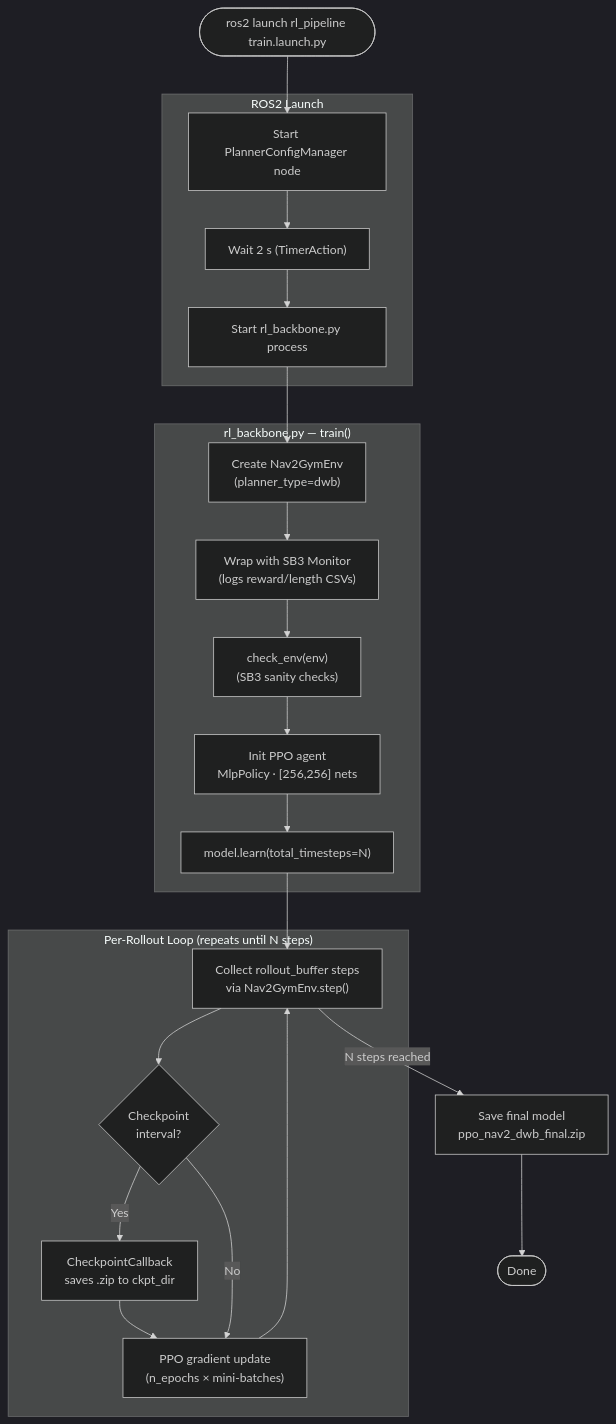
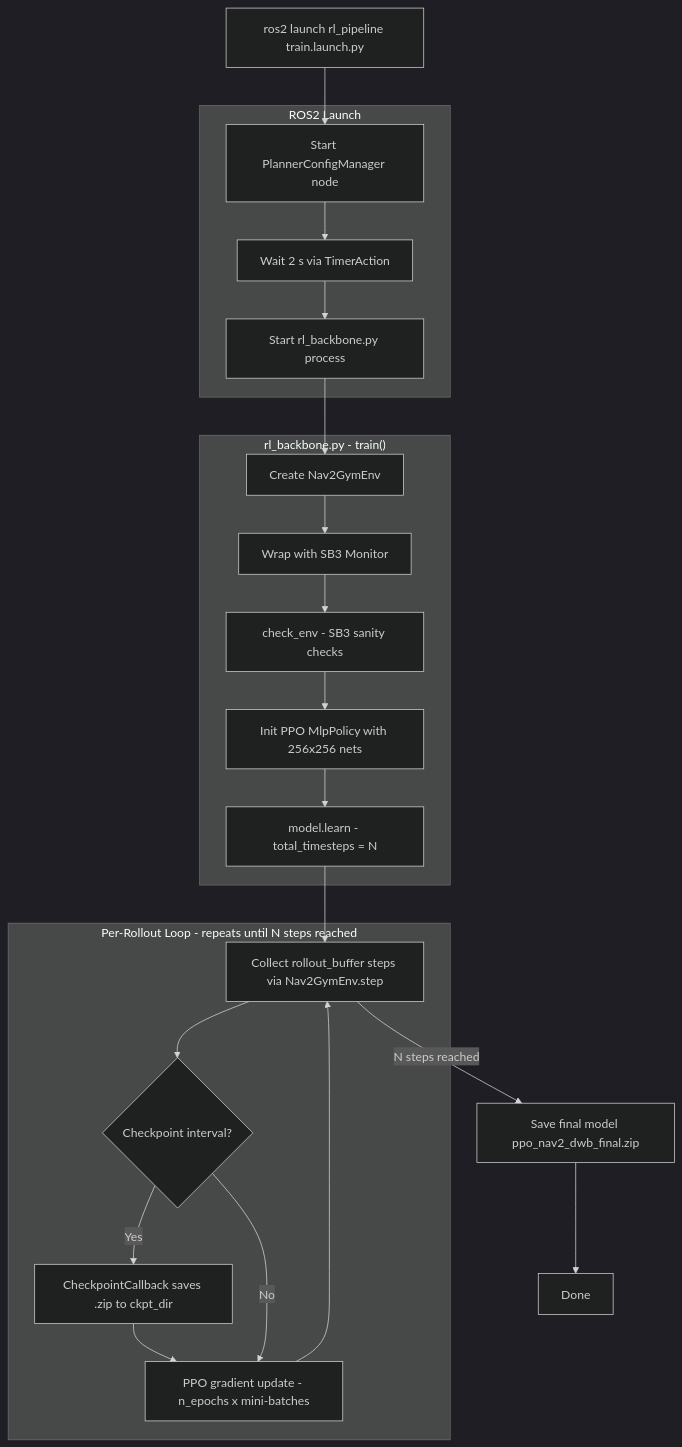
One commit to SushiRaj99/rbe-capstone changed the second of 4 diagrams in doc/rl_pipeline_docs.md. Above: the diagram before and after it, drawn with Mermaid (dark theme). The commit also changed other lines of this file, not shown here.

````diff
--- a/doc/rl_pipeline_docs.md
+++ b/doc/rl_pipeline_docs.md
@@ -146,34 +139,34 @@
 ```mermaid
 flowchart TD
-    A([ros2 launch rl_pipeline train.launch.py]) --> B
+    A["ros2 launch rl_pipeline train.launch.py"] --> B
 
-    subgraph "ROS2 Launch"
-        B[Start PlannerConfigManager node] --> C
-        C["Wait 2 s (TimerAction)"] --> D
-        D[Start rl_backbone.py process]
+    subgraph LAUNCH["ROS2 Launch"]
+        B["Start PlannerConfigManager node"] --> C
+        C["Wait 2 s via TimerAction"] --> D
+        D["Start rl_backbone.py process"]
     end
 
     D --> E
 
-    subgraph "rl_backbone.py — train()"
-        E["Create Nav2GymEnv\n(planner_type=dwb)"] --> F
-        F["Wrap with SB3 Monitor\n(logs reward/length CSVs)"] --> G
-        G["check_env(env)\n(SB3 sanity checks)"] --> H
-        H["Init PPO agent\nMlpPolicy · [256,256] nets"] --> I
-        I["model.learn(total_timesteps=N)"]
+    subgraph TRAIN["rl_backbone.py - train()"]
+        E["Create Nav2GymEnv"] --> F
+        F["Wrap with SB3 Monitor"] --> G
+        G["check_env - SB3 sanity checks"] --> H
+        H["Init PPO MlpPolicy with 256x256 nets"] --> I
+        I["model.learn - total_timesteps = N"]
     end
 
     I --> J
 
-    subgraph "Per-Rollout Loop  (repeats until N steps)"
-        J["Collect rollout_buffer steps\nvia Nav2GymEnv.step()"] --> K
-        K{Checkpoint\ninterval?}
-        K -->|Yes| L["CheckpointCallback\nsaves .zip to ckpt_dir"]
+    subgraph ROLLOUT["Per-Rollout Loop - repeats until N steps reached"]
+        J["Collect rollout_buffer steps via Nav2GymEnv.step"] --> K
+        K{"Checkpoint interval?"}
+        K -->|"Yes"| L["CheckpointCallback saves .zip to ckpt_dir"]
         L --> M
-        K -->|No| M
-        M["PPO gradient update\n(n_epochs × mini-batches)"] --> J
+        K -->|"No"| M
+        M["PPO gradient update - n_epochs x mini-batches"] --> J
     end
 
-    J -->|N steps reached| N["Save final model\nppo_nav2_dwb_final.zip"]
-    N --> O([Done])
+    J -->|"N steps reached"| N["Save final model ppo_nav2_dwb_final.zip"]
+    N --> O["Done"]
 ```
````
